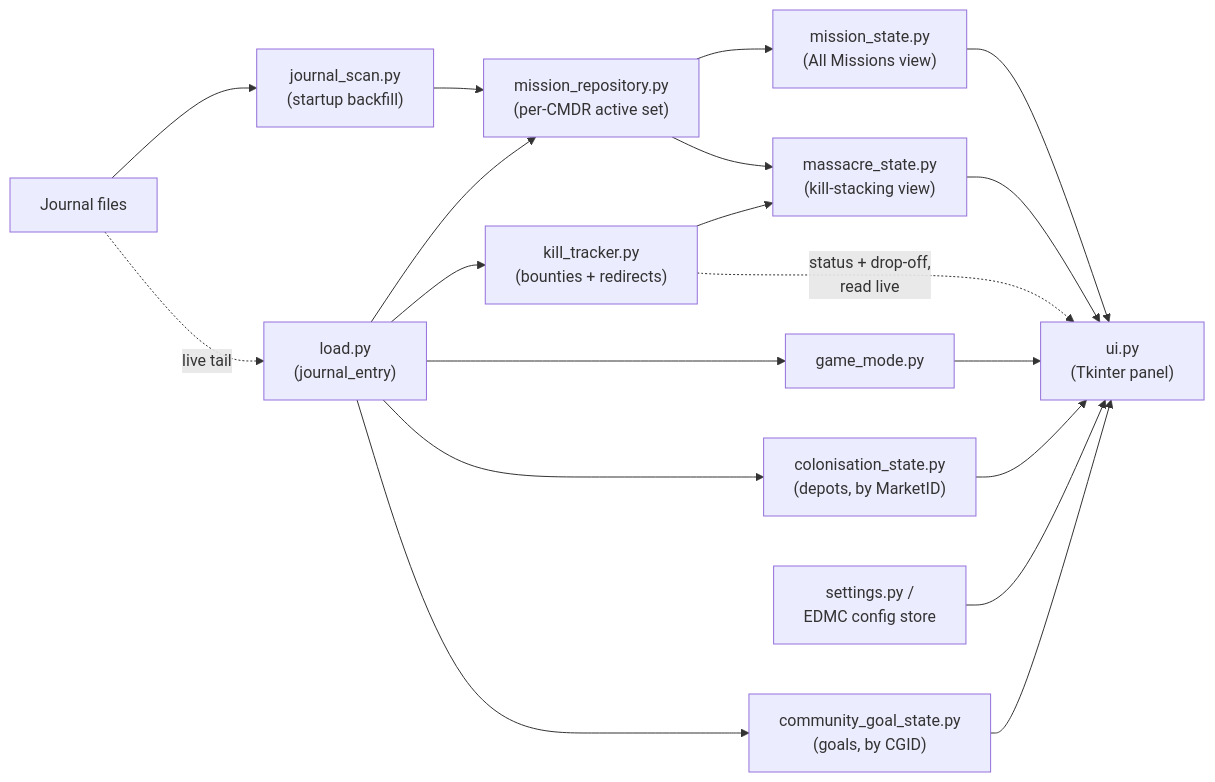
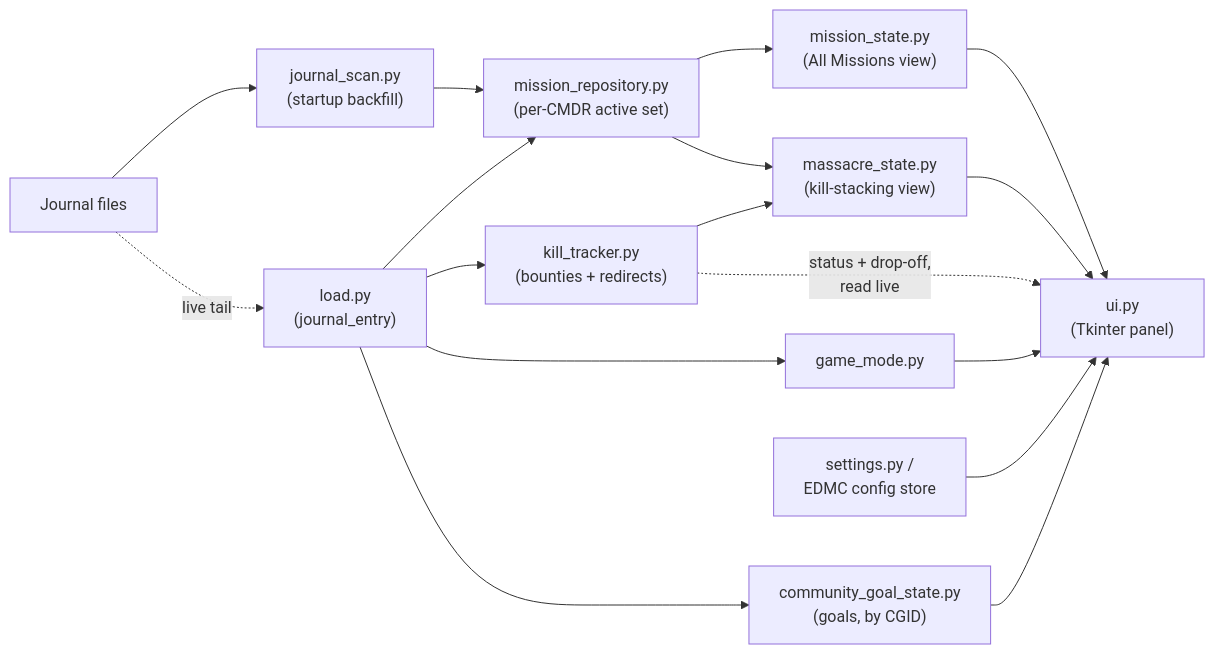
Before and after one commit to rwharpernc/EDMMM: the diagram in TECHNICAL_SPEC.md, drawn with Mermaid. The commit also changed other lines of this file and 11 other files, not shown here.

````diff
--- a/TECHNICAL_SPEC.md
+++ b/TECHNICAL_SPEC.md
@@ -190,21 +180,19 @@
 ```mermaid
 flowchart LR
     JF[Journal files] --> JS["journal_scan.py<br/>(startup backfill)"]
     JF -.live tail.-> LE["load.py<br/>(journal_entry)"]
     JS --> MR["mission_repository.py<br/>(per-CMDR active set)"]
     LE --> MR
     LE --> KT["kill_tracker.py<br/>(bounties + redirects)"]
     LE --> GM["game_mode.py"]
-    LE --> CS["colonisation_state.py<br/>(depots, by MarketID)"]
     LE --> CG["community_goal_state.py<br/>(goals, by CGID)"]
     MR --> MS["mission_state.py<br/>(All Missions view)"]
     MR --> MC["massacre_state.py<br/>(kill-stacking view)"]
     KT --> MC
     KT -."status + drop-off,<br/>read live".-> UI["ui.py<br/>(Tkinter panel)"]
     MS --> UI
     MC --> UI
     GM --> UI
-    CS --> UI
     CG --> UI
     CFG["settings.py /<br/>EDMC config store"] --> UI
 ```
````
